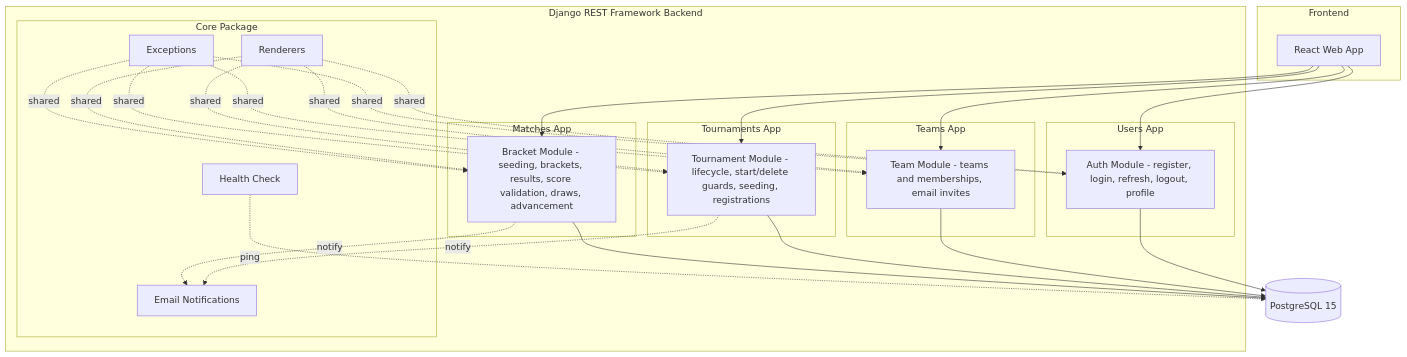
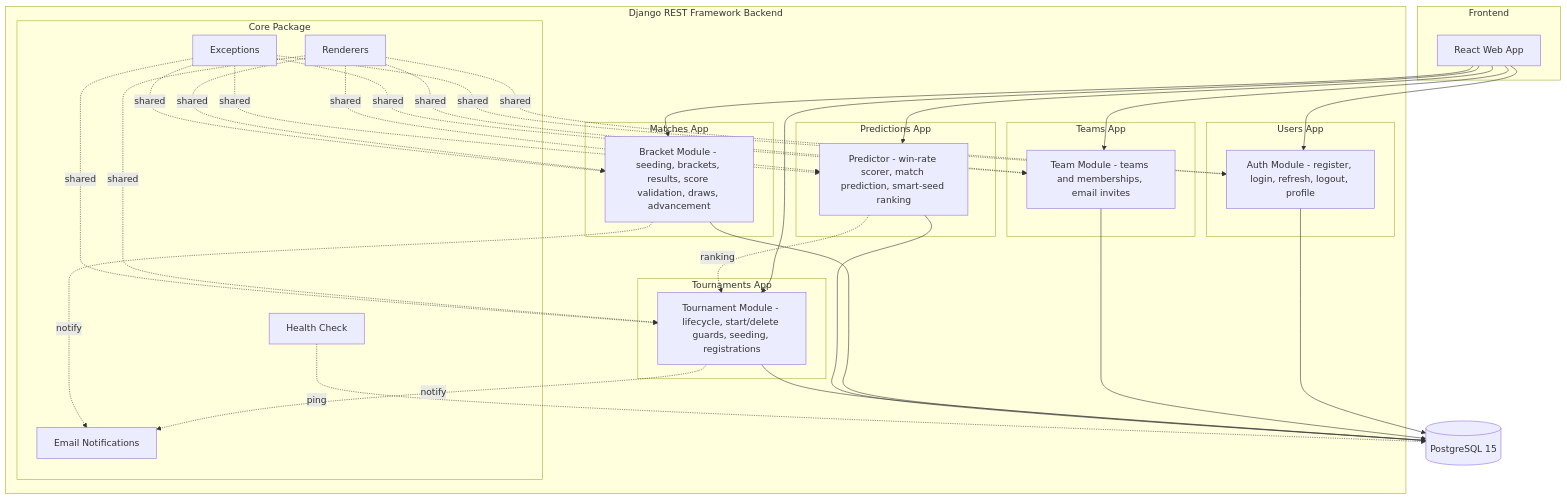
The diagram in docs/diagrams/module-diagram.md (GOWTHAM-MG-2006/esports-tournament-management-platform), drawn with Mermaid before and after one commit. The commit also changed other lines of this file and 3 other files, not shown here.

Commit message:
docs: architecture and schema diagrams with predictions

````diff
--- a/docs/diagrams/module-diagram.md
+++ b/docs/diagrams/module-diagram.md
@@ -3,49 +3,57 @@
 ```mermaid
 graph TB
     subgraph Frontend[Frontend]
         UI[React Web App]
     end
 
     subgraph Backend[Django REST Framework Backend]
         subgraph UsersApp[Users App]
             Auth[Auth Module - register, login, refresh, logout, profile]
         end
         subgraph TeamsApp[Teams App]
             TeamService[Team Module - teams and memberships, email invites]
         end
         subgraph TournamentsApp[Tournaments App]
             TournamentService[Tournament Module - lifecycle, start/delete guards, seeding, registrations]
         end
         subgraph MatchesApp[Matches App]
             BracketService[Bracket Module - seeding, brackets, results, score validation, draws, advancement]
         end
+        subgraph PredictionsApp[Predictions App]
+            Predictor[Predictor - win-rate scorer, match prediction, smart-seed ranking]
+        end
         subgraph Core[Core Package]
             Renderers[Renderers]
             Exceptions[Exceptions]
             Health[Health Check]
             Email[Email Notifications]
         end
     end
 
     DB[(PostgreSQL 15)]
 
     UI --> Auth
     UI --> TeamService
     UI --> TournamentService
     UI --> BracketService
+    UI --> Predictor
     Auth --> DB
     TeamService --> DB
     TournamentService --> DB
     BracketService --> DB
+    Predictor --> DB
+    Predictor -. ranking .-> TournamentService
     Renderers -. shared .-> Auth
     Renderers -. shared .-> TeamService
     Renderers -. shared .-> TournamentService
     Renderers -. shared .-> BracketService
+    Renderers -. shared .-> Predictor
     Exceptions -. shared .-> Auth
     Exceptions -. shared .-> TeamService
     Exceptions -. shared .-> TournamentService
     Exceptions -. shared .-> BracketService
+    Exceptions -. shared .-> Predictor
     Health -. ping .-> DB
     TournamentService -. notify .-> Email
     BracketService -. notify .-> Email
 ```
````
